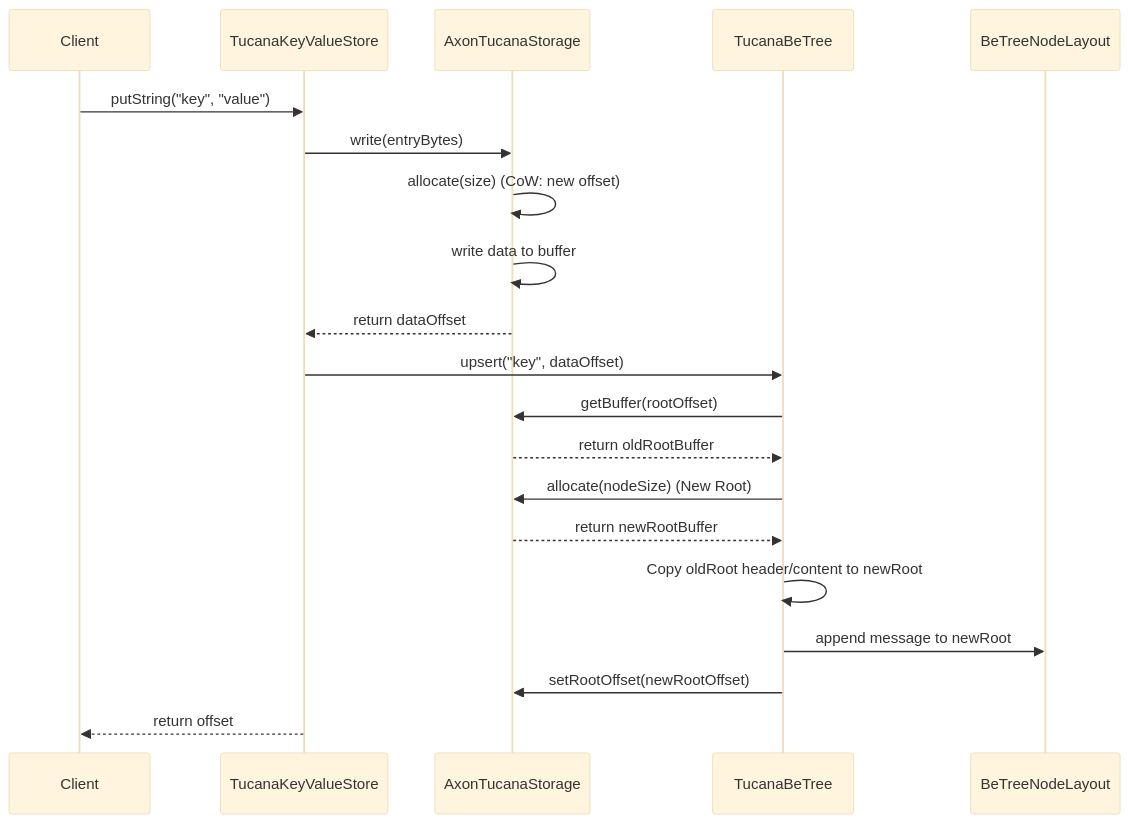
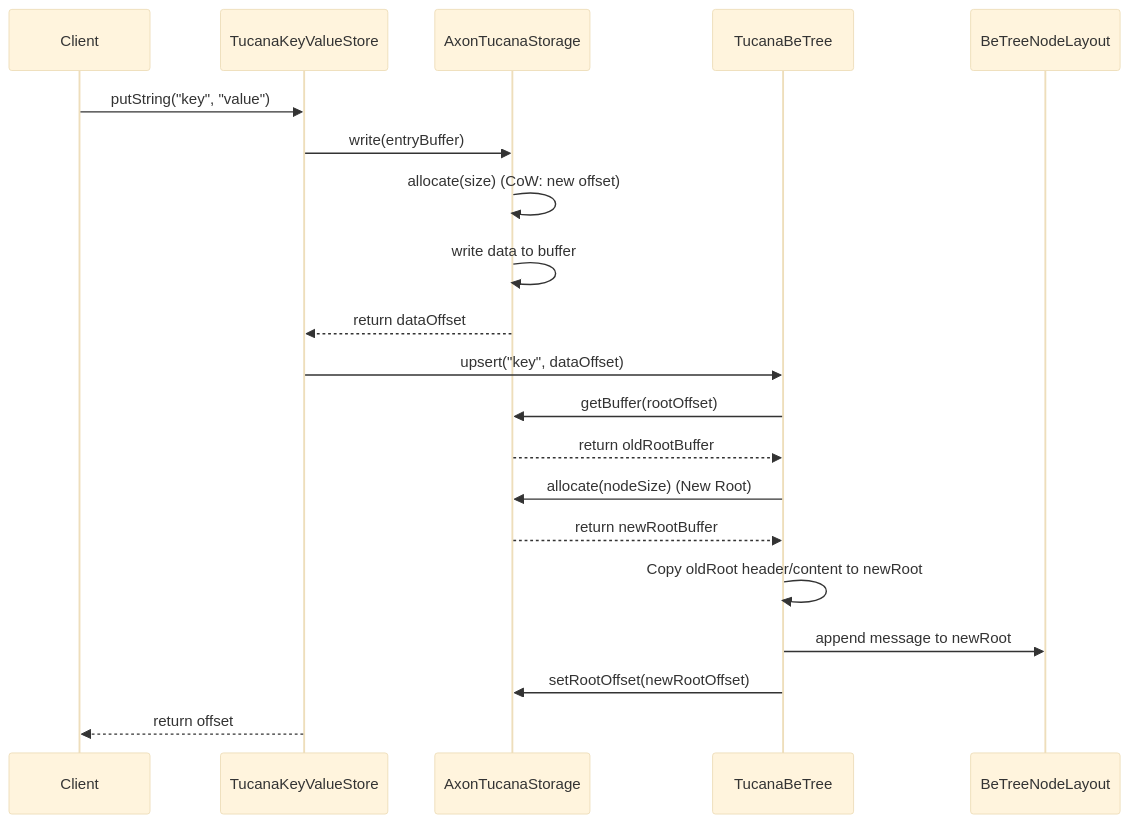
One commit to NachoBrito/vulcano changed the second of 3 diagrams in vulcanodb-core/src/main/java/es/nachobrito/vulcanodb/core/store/axon/kvstore/tucana/README.md. Above: the diagram before and after it, drawn with Mermaid (base theme). The commit also changed other lines of this file and 8 other files, not shown here.

````diff
--- a/vulcanodb-core/src/main/java/es/nachobrito/vulcanodb/core/store/axon/kvstore/tucana/README.md
+++ b/vulcanodb-core/src/main/java/es/nachobrito/vulcanodb/core/store/axon/kvstore/tucana/README.md
@@ -162,32 +163,32 @@
 ```mermaid
 sequenceDiagram
     participant Client
     participant KV as TucanaKeyValueStore
     participant Store as AxonTucanaStorage
     participant Index as TucanaBeTree
     participant Layout as BeTreeNodeLayout
 
     Client->>KV: putString("key", "value")
     
     %% 1. Persist Data
-    KV->>Store: write(entryBytes)
+    KV->>Store: write(entryBuffer)
     Store->>Store: allocate(size) (CoW: new offset)
     Store->>Store: write data to buffer
     Store-->>KV: return dataOffset
 
     %% 2. Update Index
     KV->>Index: upsert("key", dataOffset)
     Index->>Store: getBuffer(rootOffset)
     Store-->>Index: return oldRootBuffer
 
     %% 3. Copy-on-Write Node
     Index->>Store: allocate(nodeSize) (New Root)
     Store-->>Index: return newRootBuffer
     Index->>Index: Copy oldRoot header/content to newRoot
     
     %% 4. Append Message
     Index->>Layout: append message to newRoot
     Index->>Store: setRootOffset(newRootOffset)
     
     KV-->>Client: return offset
 ```
````
